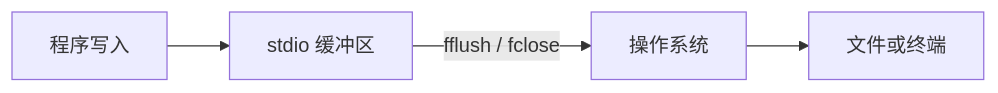
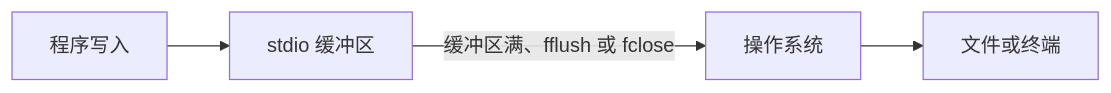
Before and after one commit to shanchuann/TheGitbookLibrary: the third of 4 diagrams in C语言圣经/structs.md, drawn with Mermaid. The commit also changed other lines of this file, not shown here.

````diff
--- a/C语言圣经/structs.md
+++ b/C语言圣经/structs.md
@@ -55,6 +385,6 @@
-```mermaid
+~~~mermaid
 flowchart LR
-    A[程序写入] --> B[stdio 缓冲区]
-    B -->|fflush / fclose| C[操作系统]
-    C --> D[文件或终端]
-```
+    A["程序写入"] --> B["stdio 缓冲区"]
+    B -->|"缓冲区满、fflush 或 fclose"| C["操作系统"]
+    C --> D["文件或终端"]
+~~~
````
